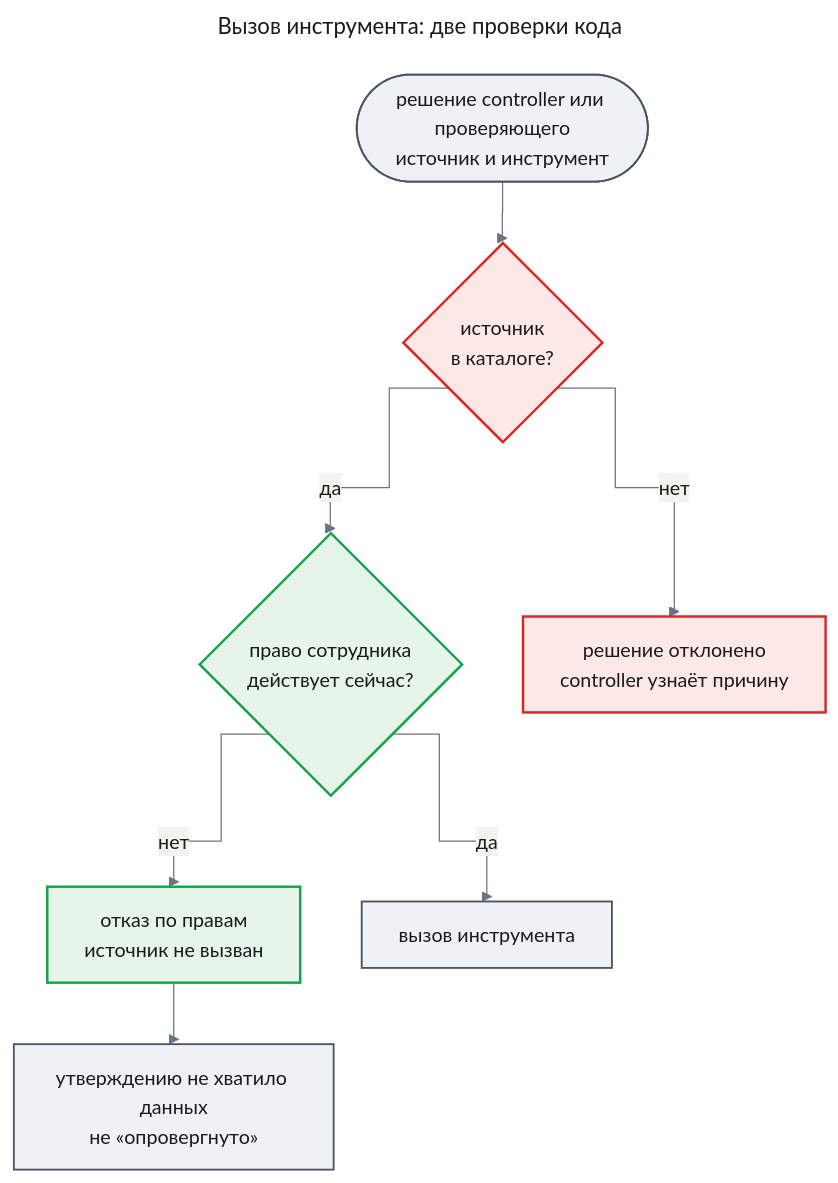
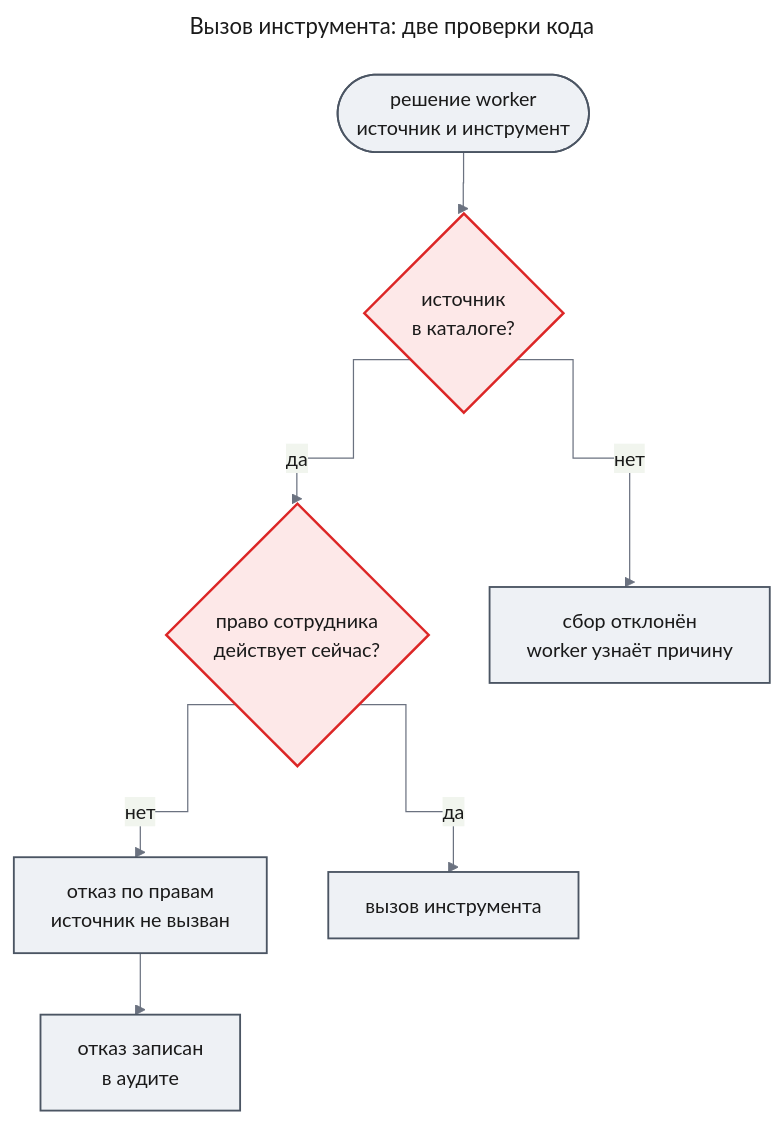
Before and after one commit to tundraray/agent-os: the sixth of 7 diagrams in docs/features/source-planning/prd.md, drawn with Mermaid. The commit also changed other lines of this file, not shown here.

````diff
--- a/docs/features/source-planning/prd.md
+++ b/docs/features/source-planning/prd.md
@@ -326,35 +344,33 @@
 ```mermaid
 ---
 title: "Вызов инструмента: две проверки кода"
 config:
   theme: base
   look: classic
   themeVariables:
     primaryColor: "#eef1f5"
     primaryBorderColor: "#4b5563"
     primaryTextColor: "#1a1a1a"
     lineColor: "#6b7280"
   flowchart:
     curve: step
 ---
 flowchart TB
-    dec(["решение controller или проверяющего<br/>источник и инструмент"])
+    dec(["решение worker<br/>источник и инструмент"])
     q1{"источник<br/>в каталоге?"}
     q2{"право сотрудника<br/>действует сейчас?"}
-    rej1["решение отклонено<br/>controller узнаёт причину"]
+    rej1["сбор отклонён<br/>worker узнаёт причину"]
     rej2["отказ по правам<br/>источник не вызван"]
     invoke["вызов инструмента"]
-    ins["утверждению не хватило данных<br/>не «опровергнуто»"]
+    aud["отказ записан<br/>в аудите"]
     dec --> q1
     q1 -->|"нет"| rej1
     q1 -->|"да"| q2
     q2 -->|"нет"| rej2
     q2 -->|"да"| invoke
-    rej2 --> ins
-    classDef new fill:#e6f4ea,stroke:#16a34a,stroke-width:2px,color:#1a1a1a
+    rej2 --> aud
     classDef changed fill:#fde8e8,stroke:#dc2626,stroke-width:2px,color:#1a1a1a
     classDef unchanged fill:#eef1f5,stroke:#4b5563,stroke-width:1.5px,color:#1a1a1a
-    class q2,rej2 new
-    class q1,rej1 changed
-    class dec,invoke,ins unchanged
+    class q1,q2 changed
+    class dec,rej1,rej2,invoke,aud unchanged
 ```
````
